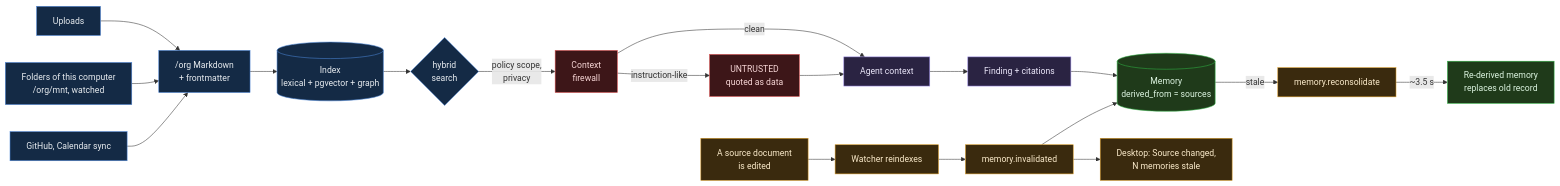
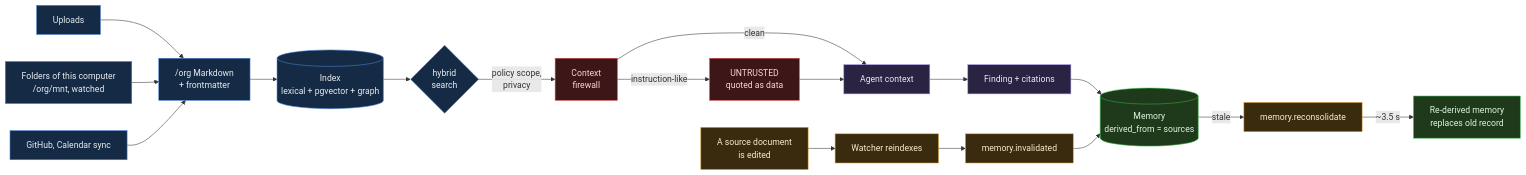
One commit to Kamalllx/mOSaic changed the fourth of 5 diagrams in README.md. Above: the diagram before and after it, drawn with Mermaid. The commit also changed other lines of this file, not shown here.

Commit message:
docs: README in the ASYNC'26 six-section format: overview, architecture, install and env matrix, DX and QA, reliability and security, governance

````diff
--- a/README.md
+++ b/README.md
@@ -283,26 +313,25 @@
 ```mermaid
 flowchart LR
     classDef doc fill:#142A45,stroke:#4C86D9,color:#E8ECF0
     classDef guard fill:#3D1618,stroke:#E05252,color:#F8D7D7
     classDef mem fill:#1F3A1A,stroke:#2FB344,color:#DDF5E1
     classDef agent fill:#2A2342,stroke:#9D8CE8,color:#ECE8FB
     classDef evt fill:#3A2A0E,stroke:#D99A25,color:#FBEBCB
 
     S1["Uploads"]:::doc --> D
     S2["Folders of this computer<br/>/org/mnt, watched"]:::doc --> D
     S3["GitHub, Calendar sync"]:::doc --> D
     D["/org Markdown<br/>+ frontmatter"]:::doc --> I[("Index<br/>lexical + pgvector + graph")]:::doc
     I --> Q{"hybrid<br/>search"}:::doc
     Q -->|policy scope,<br/>privacy| FW["Context<br/>firewall"]:::guard
     FW -->|clean| C["Agent context"]:::agent
     FW -->|instruction-like| U["UNTRUSTED<br/>quoted as data"]:::guard
     U --> C
     C --> F["Finding + citations"]:::agent
     F --> M[("Memory<br/>derived_from = sources")]:::mem
     X["A source document<br/>is edited"]:::evt --> W["Watcher reindexes"]:::evt
     W --> V["memory.invalidated"]:::evt
     V --> M
-    V --> T["Desktop: Source changed,<br/>N memories stale"]:::evt
     M -->|stale| R["memory.reconsolidate"]:::evt
     R -->|~3.5 s| NM["Re-derived memory<br/>replaces old record"]:::mem
 ```
````
